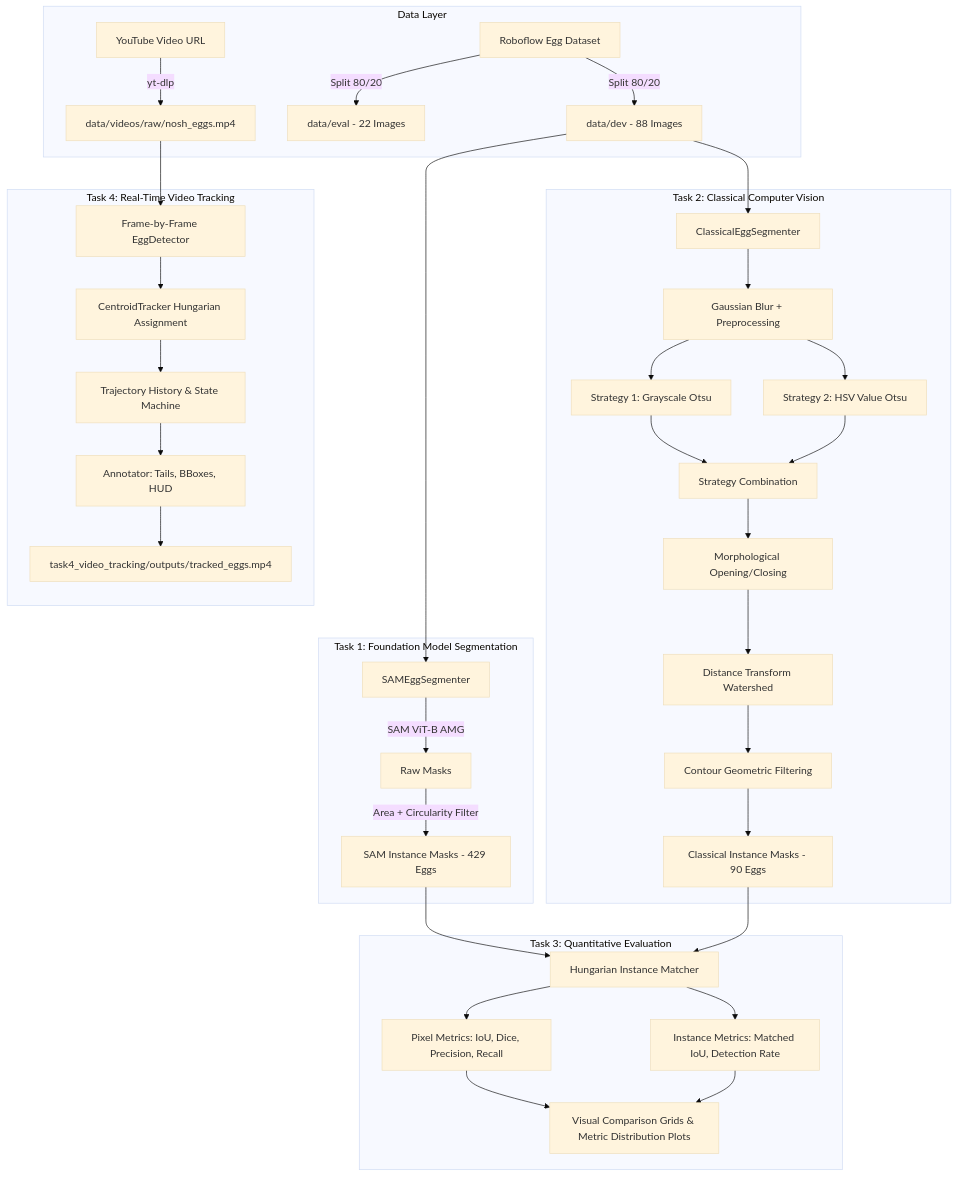
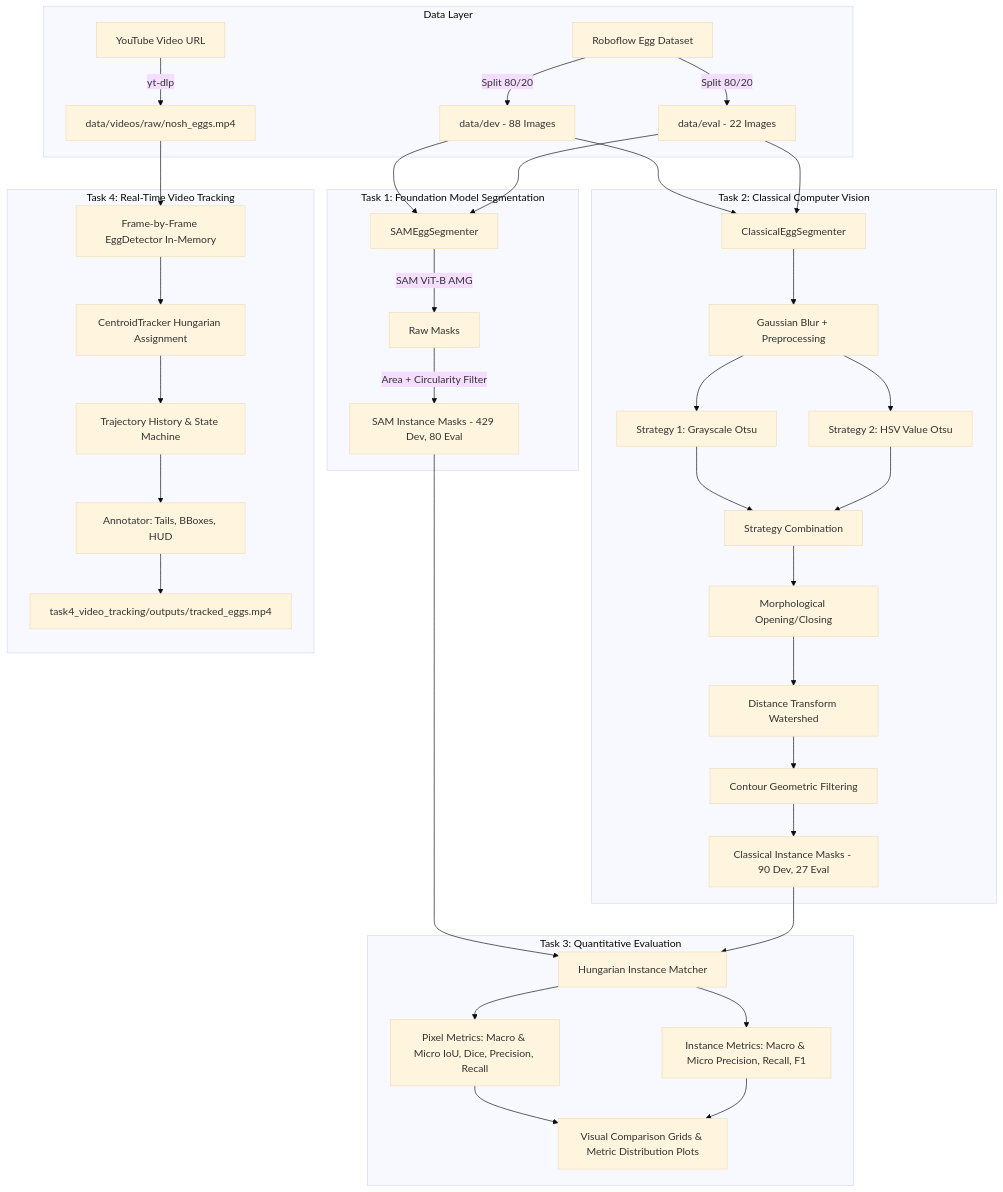
One commit to nikhil180705/egg-segmentation-and-tracking changed the diagram in README.md. Above: the diagram before and after it, drawn with Mermaid (base theme). The commit also changed other lines of this file and 3 other files, not shown here.

````diff
--- a/README.md
+++ b/README.md
@@ -52,41 +64,41 @@
 ```mermaid
 graph TD
     subgraph Data Layer
         A[Roboflow Egg Dataset] -->|Split 80/20| B[data/dev - 88 Images]
         A -->|Split 80/20| C[data/eval - 22 Images]
         D[YouTube Video URL] -->|yt-dlp| E[data/videos/raw/nosh_eggs.mp4]
     end
 
     subgraph Task 1: Foundation Model Segmentation
-        B --> F[SAMEggSegmenter]
+        B & C --> F[SAMEggSegmenter]
         F -->|SAM ViT-B AMG| G[Raw Masks]
-        G -->|Area + Circularity Filter| H[SAM Instance Masks - 429 Eggs]
+        G -->|Area + Circularity Filter| H[SAM Instance Masks - 429 Dev, 80 Eval]
     end
 
     subgraph Task 2: Classical Computer Vision
-        B --> I[ClassicalEggSegmenter]
+        B & C --> I[ClassicalEggSegmenter]
         I --> J[Gaussian Blur + Preprocessing]
         J --> K[Strategy 1: Grayscale Otsu]
         J --> L[Strategy 2: HSV Value Otsu]
         K & L --> M[Strategy Combination]
         M --> N[Morphological Opening/Closing]
         N --> O[Distance Transform Watershed]
         O --> P[Contour Geometric Filtering]
-        P --> Q[Classical Instance Masks - 90 Eggs]
+        P --> Q[Classical Instance Masks - 90 Dev, 27 Eval]
     end
 
     subgraph Task 3: Quantitative Evaluation
         H & Q --> R[Hungarian Instance Matcher]
-        R --> S[Pixel Metrics: IoU, Dice, Precision, Recall]
-        R --> T[Instance Metrics: Matched IoU, Detection Rate]
+        R --> S[Pixel Metrics: Macro & Micro IoU, Dice, Precision, Recall]
+        R --> T[Instance Metrics: Macro & Micro Precision, Recall, F1]
         S & T --> U[Visual Comparison Grids & Metric Distribution Plots]
     end
 
     subgraph Task 4: Real-Time Video Tracking
-        E --> V[Frame-by-Frame EggDetector]
+        E --> V[Frame-by-Frame EggDetector In-Memory]
         V --> W[CentroidTracker Hungarian Assignment]
         W --> X[Trajectory History & State Machine]
         X --> Y[Annotator: Tails, BBoxes, HUD]
         Y --> Z[task4_video_tracking/outputs/tracked_eggs.mp4]
     end
 ```
````
